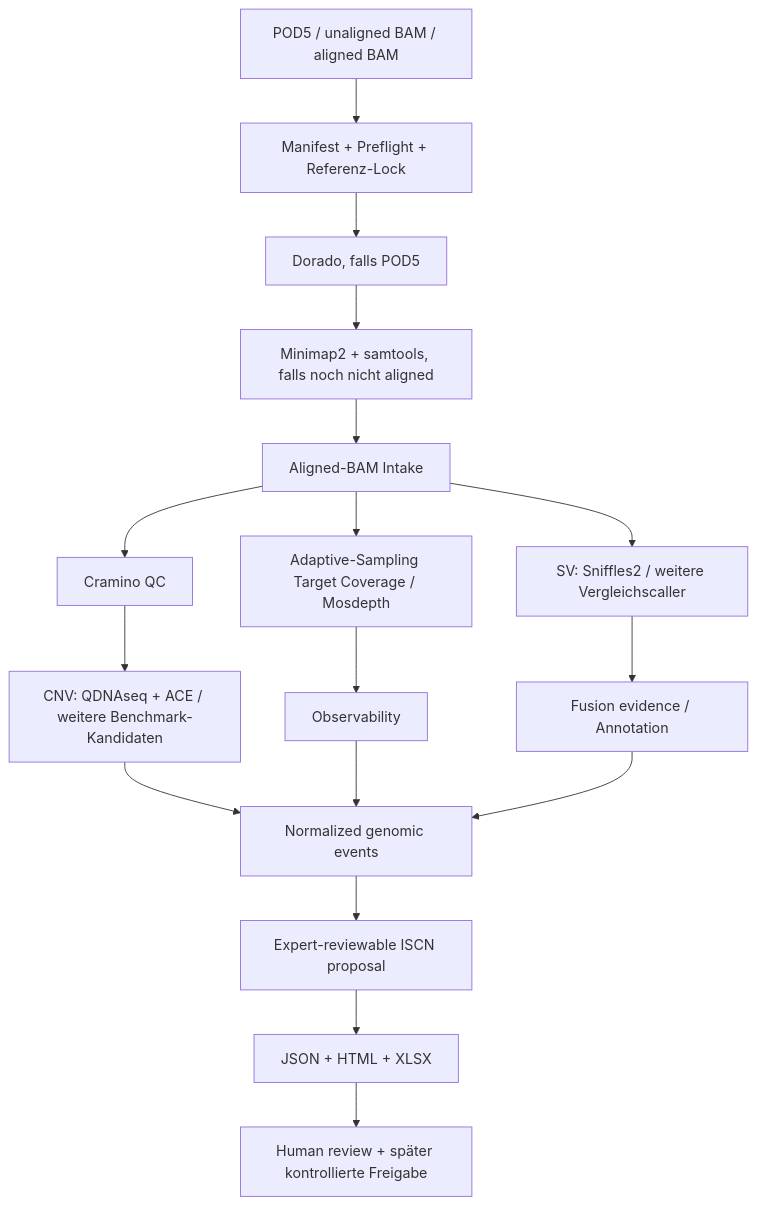
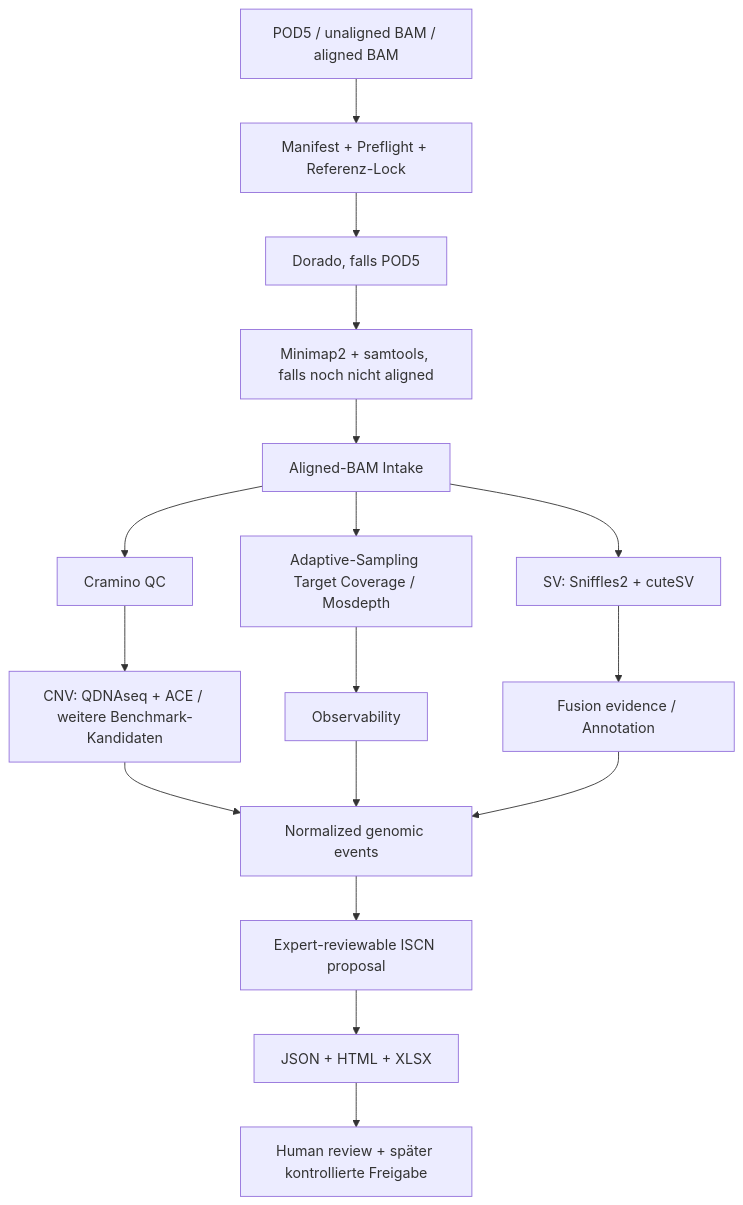
Before and after one commit to xhuljanoshehu/ontseq-platform: the diagram in README.md, drawn with Mermaid. The commit also changed other lines of this file and 48 other files, not shown here.

````diff
--- a/README.md
+++ b/README.md
@@ -151,19 +157,19 @@
 ```mermaid
 flowchart TD
     A["POD5 / unaligned BAM / aligned BAM"] --> B["Manifest + Preflight + Referenz-Lock"]
     B --> C["Dorado, falls POD5"]
     C --> D["Minimap2 + samtools, falls noch nicht aligned"]
     D --> E["Aligned-BAM Intake"]
     E --> F["Cramino QC"]
     E --> G["Adaptive-Sampling Target Coverage / Mosdepth"]
     F --> H["CNV: QDNAseq + ACE / weitere Benchmark-Kandidaten"]
-    E --> I["SV: Sniffles2 / weitere Vergleichscaller"]
+    E --> I["SV: Sniffles2 + cuteSV"]
     G --> J["Observability"]
     I --> K["Fusion evidence / Annotation"]
     H --> L["Normalized genomic events"]
     J --> L
     K --> L
     L --> M["Expert-reviewable ISCN proposal"]
     M --> N["JSON + HTML + XLSX"]
     N --> O["Human review + später kontrollierte Freigabe"]
 ```
````
